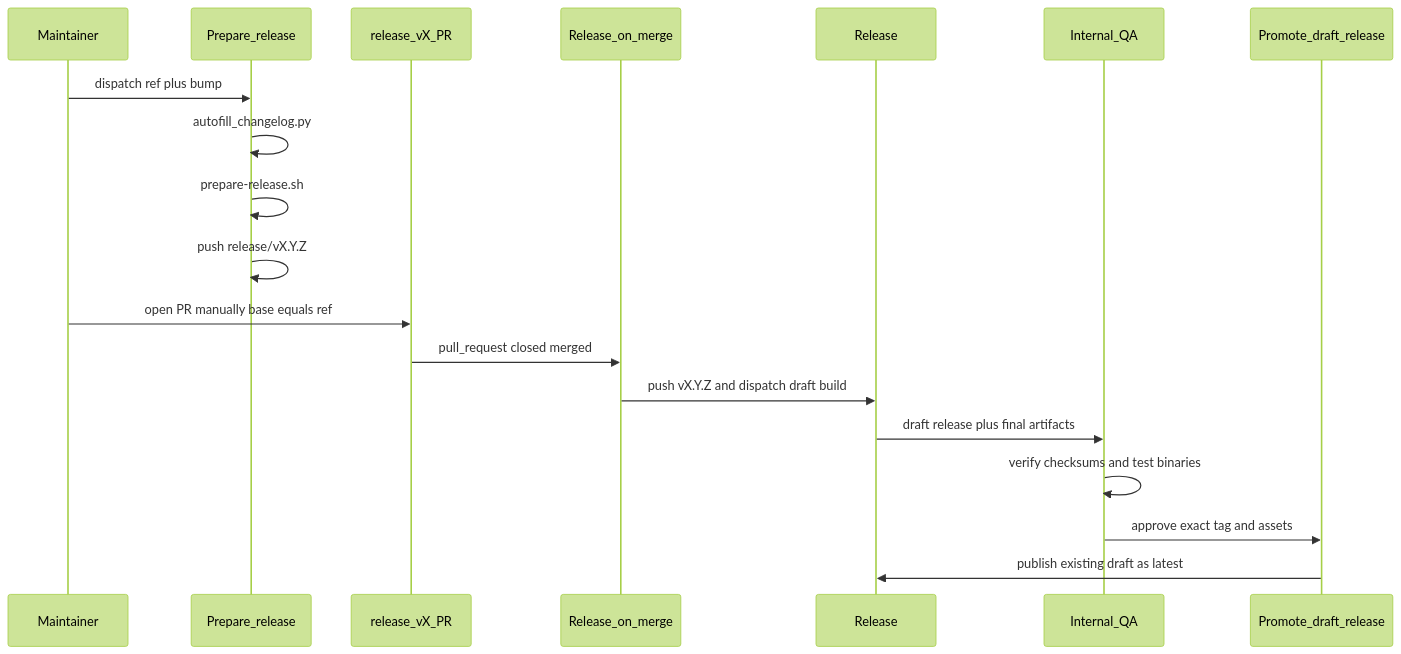
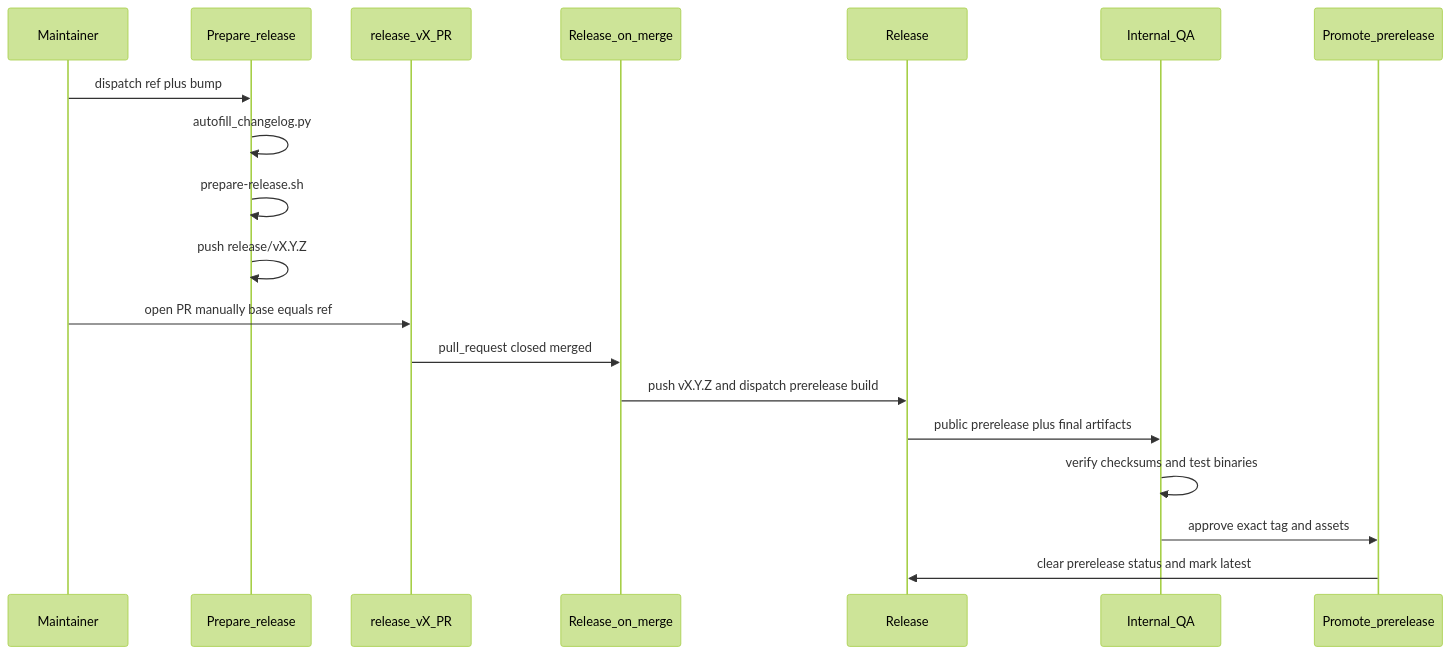
Before and after one commit to cisco-ai-defense/ai-defense-cli: the diagram in docs/specs/003-cli-release/design.md, drawn with Mermaid (forest theme). The commit also changed other lines of this file and 9 other files, not shown here.

Commit message:
feat(release): stage public prereleases for QA

````diff
--- a/docs/specs/003-cli-release/design.md
+++ b/docs/specs/003-cli-release/design.md
@@ -13,22 +13,22 @@
 ```mermaid
 sequenceDiagram
   participant M as Maintainer
   participant Prep as Prepare_release
   participant PR as release_vX_PR
   participant Tag as Release_on_merge
   participant Rel as Release
   participant QA as Internal_QA
-  participant Promote as Promote_draft_release
+  participant Promote as Promote_prerelease
 
   M->>Prep: dispatch ref plus bump
   Prep->>Prep: autofill_changelog.py
   Prep->>Prep: prepare-release.sh
   Prep->>Prep: push release/vX.Y.Z
   M->>PR: open PR manually base equals ref
   PR->>Tag: pull_request closed merged
-  Tag->>Rel: push vX.Y.Z and dispatch draft build
-  Rel->>QA: draft release plus final artifacts
+  Tag->>Rel: push vX.Y.Z and dispatch prerelease build
+  Rel->>QA: public prerelease plus final artifacts
   QA->>QA: verify checksums and test binaries
   QA->>Promote: approve exact tag and assets
-  Promote->>Rel: publish existing draft as latest
+  Promote->>Rel: clear prerelease status and mark latest
 ```
````
